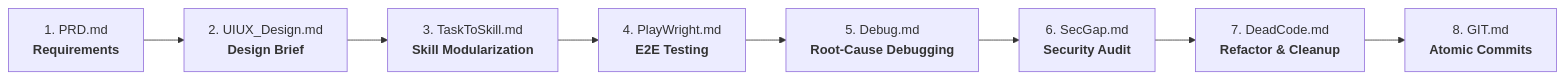
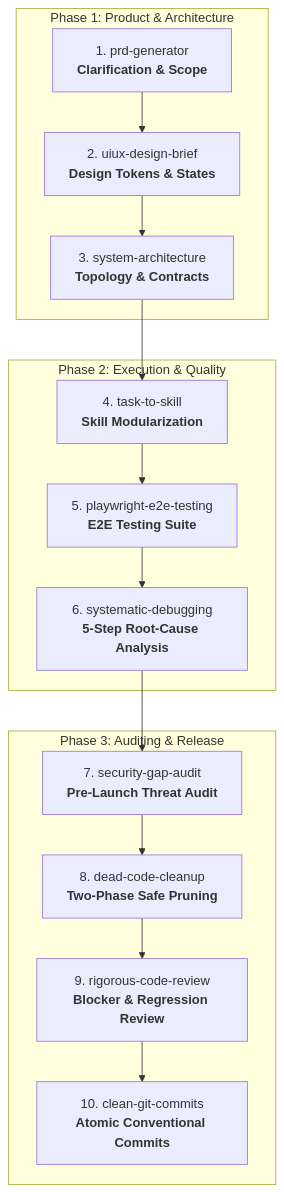
One commit to Syed-afridi-7/AI_Flow changed the diagram in README.md. Above: the diagram before and after it, drawn with Mermaid. The commit also changed other lines of this file and 1 other file, not shown here.

````diff
--- a/README.md
+++ b/README.md
@@ -22,10 +24,20 @@
 ```mermaid
-flowchart LR
-    A[1. PRD.md<br/><b>Requirements</b>] --> B[2. UIUX_Design.md<br/><b>Design Brief</b>]
-    B --> C[3. TaskToSkill.md<br/><b>Skill Modularization</b>]
-    C --> D[4. PlayWright.md<br/><b>E2E Testing</b>]
-    D --> E[5. Debug.md<br/><b>Root-Cause Debugging</b>]
-    E --> F[6. SecGap.md<br/><b>Security Audit</b>]
-    F --> G[7. DeadCode.md<br/><b>Refactor & Cleanup</b>]
-    G --> H[8. GIT.md<br/><b>Atomic Commits</b>]
+flowchart TD
+    subgraph Phase 1: Product & Architecture
+        A["1. prd-generator<br/><b>Clarification & Scope</b>"] --> B["2. uiux-design-brief<br/><b>Design Tokens & States</b>"]
+        B --> C["3. system-architecture<br/><b>Topology & Contracts</b>"]
+    end
+
+    subgraph Phase 2: Execution & Quality
+        C --> D["4. task-to-skill<br/><b>Skill Modularization</b>"]
+        D --> E["5. playwright-e2e-testing<br/><b>E2E Testing Suite</b>"]
+        E --> F["6. systematic-debugging<br/><b>5-Step Root-Cause Analysis</b>"]
+    end
+
+    subgraph Phase 3: Auditing & Release
+        F --> G["7. security-gap-audit<br/><b>Pre-Launch Threat Audit</b>"]
+        G --> H["8. dead-code-cleanup<br/><b>Two-Phase Safe Pruning</b>"]
+        H --> I["9. rigorous-code-review<br/><b>Blocker & Regression Review</b>"]
+        I --> J["10. clean-git-commits<br/><b>Atomic Conventional Commits</b>"]
+    end
 ```
````
